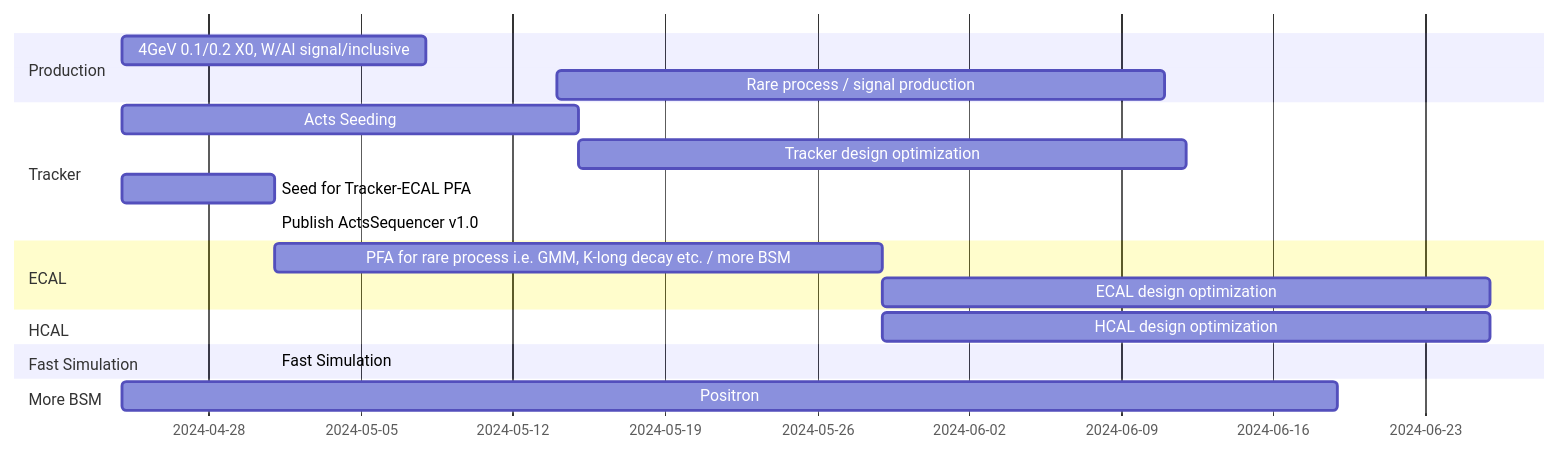
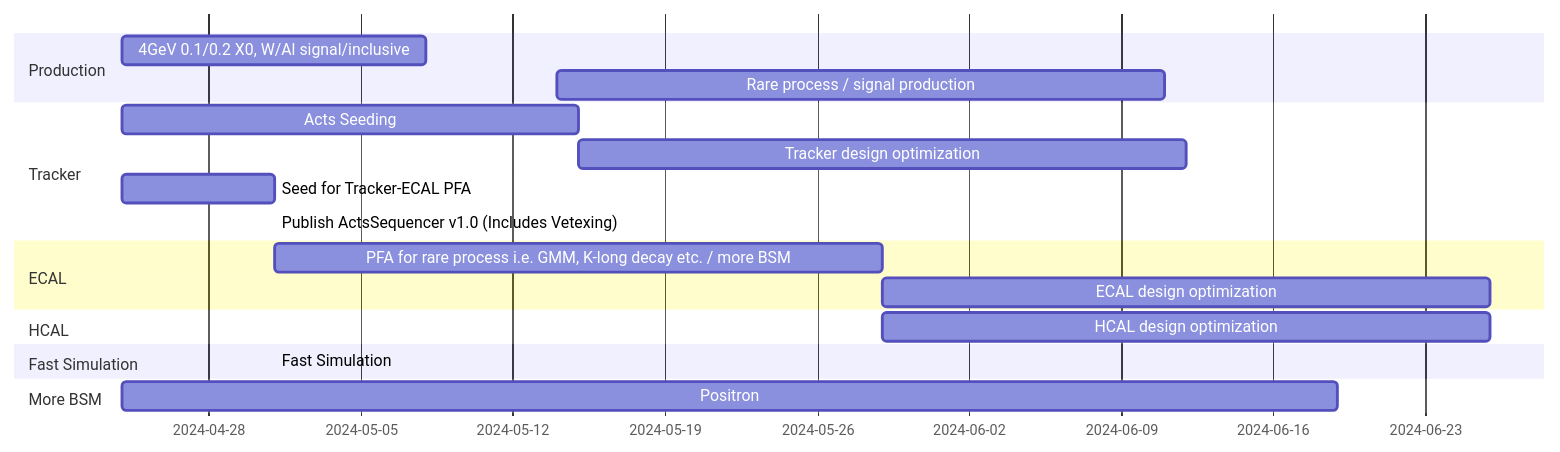
The third of 3 diagrams in example.md (DarkSHINE-Slides-Xuliang/20240424-workshop), drawn with Mermaid before and after one commit.

Commit message:
v1.0 fix

````diff
--- a/example.md
+++ b/example.md
@@ -376,21 +376,21 @@
 ```mermaid
 gantt
     dateFormat YYYY-MM-DD
     section Production
         4GeV 0.1/0.2 X0, W/Al signal/inclusive : 2024-04-24, 2w
         Rare process / signal production : 2024-05-14, 4w
     section Tracker
         Acts Seeding   : a1, 2024-04-24, 3w 
         Tracker design optimization : after a1, 4w
         Seed for Tracker-ECAL PFA :c1, 2024-04-24, 1w
-        Publish ActsSequencer v1.0: after c1, 1h
+        Publish ActsSequencer v1.0 (Includes Vetexing): after c1, 1h
     section ECAL
         PFA for rare process i.e. GMM, K-long decay etc. / more BSM : c2, after c1, 4w
         ECAL design optimization : c3, after c2, 4w
     section HCAL
         HCAL design optimization : after c2, 4w
     section Fast Simulation
         Fast Simulation : 2024-05-01
     section More BSM
         Positron :  2024-04-24, 8w
 ```
````
